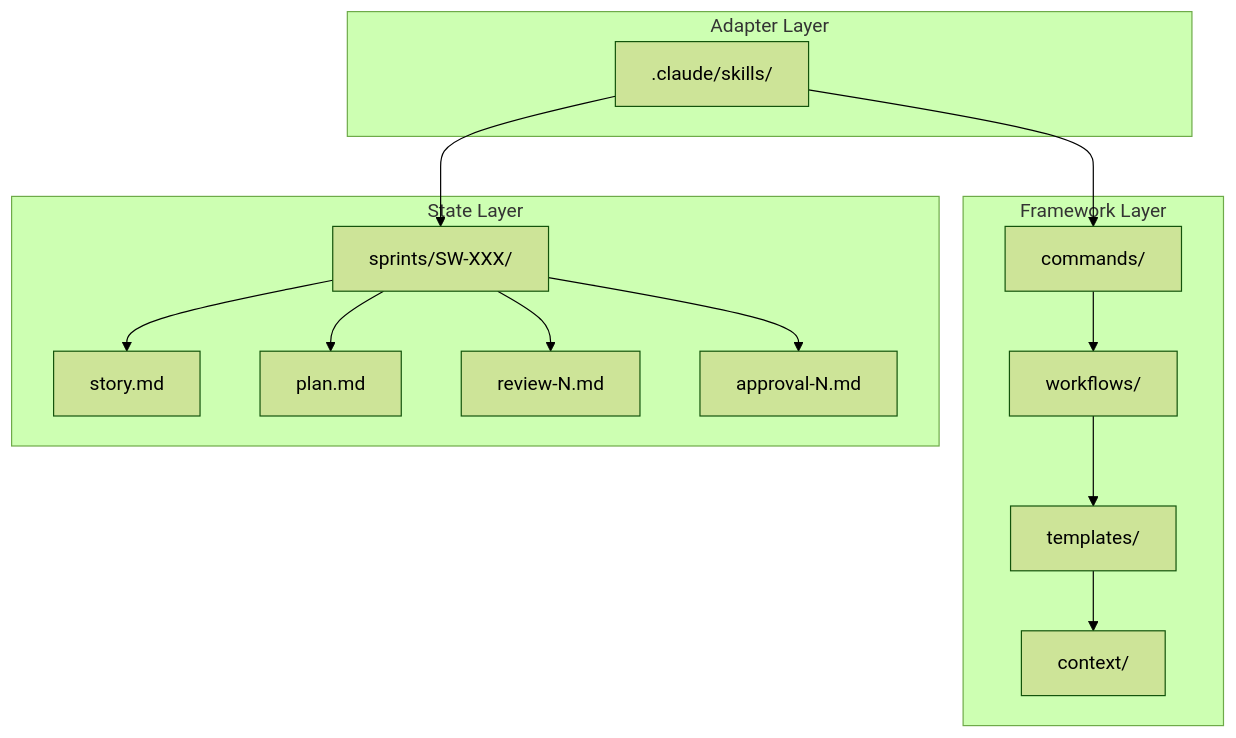
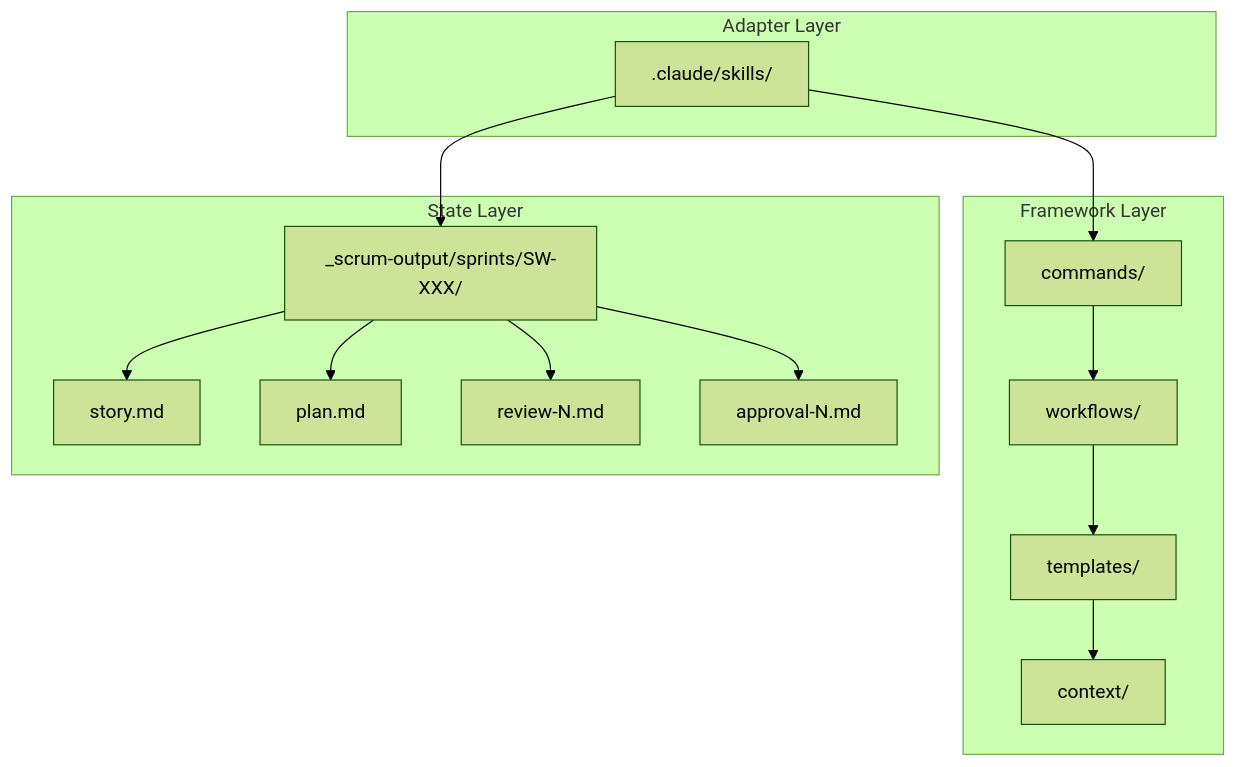
Before and after one commit to samibel/scrum_workflow: the diagram in create-scrum-workflow/templates/scrum_workflow/docs/08-framework-architecture.md, drawn with Mermaid (forest theme). The commit also changed other lines of this file and 143 other files, not shown here.

````diff
--- a/create-scrum-workflow/templates/scrum_workflow/docs/08-framework-architecture.md
+++ b/create-scrum-workflow/templates/scrum_workflow/docs/08-framework-architecture.md
@@ -9,23 +9,23 @@
 ```mermaid
 graph TB
     subgraph "Framework Layer"
         A[commands/] --> B[workflows/]
         B --> C[templates/]
         C --> D[context/]
     end
 
     subgraph "Adapter Layer"
         E[.claude/skills/]
     end
 
     subgraph "State Layer"
-        F[sprints/SW-XXX/]
+        F[_scrum-output/sprints/SW-XXX/]
         F --> G[story.md]
         F --> H[plan.md]
         F --> I[review-N.md]
         F --> J[approval-N.md]
     end
 
     E --> A
     E --> F
 ```
````
